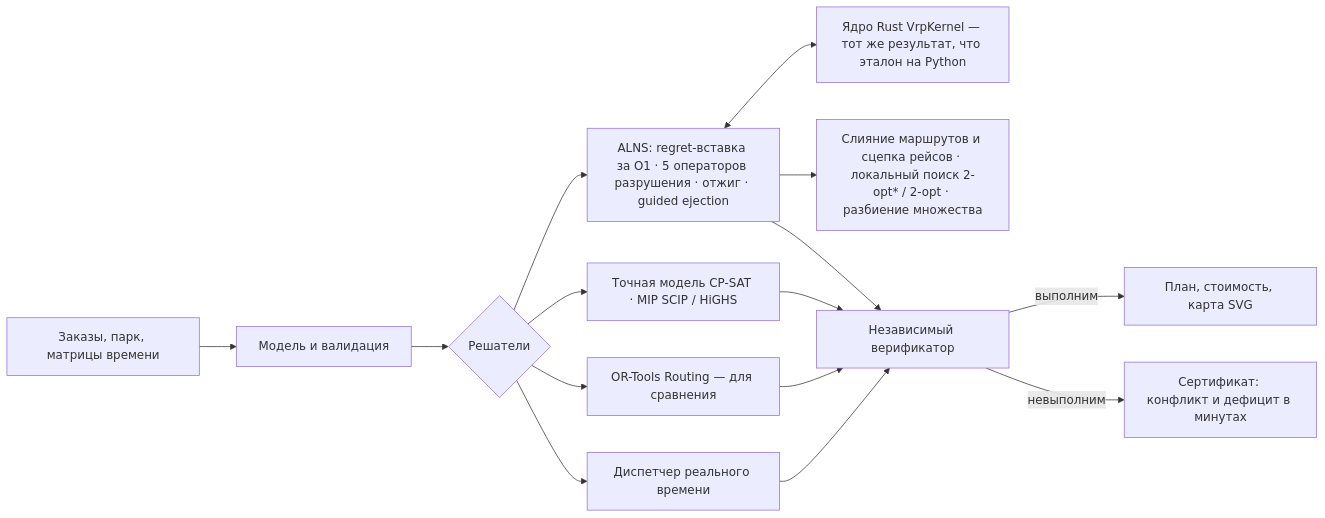
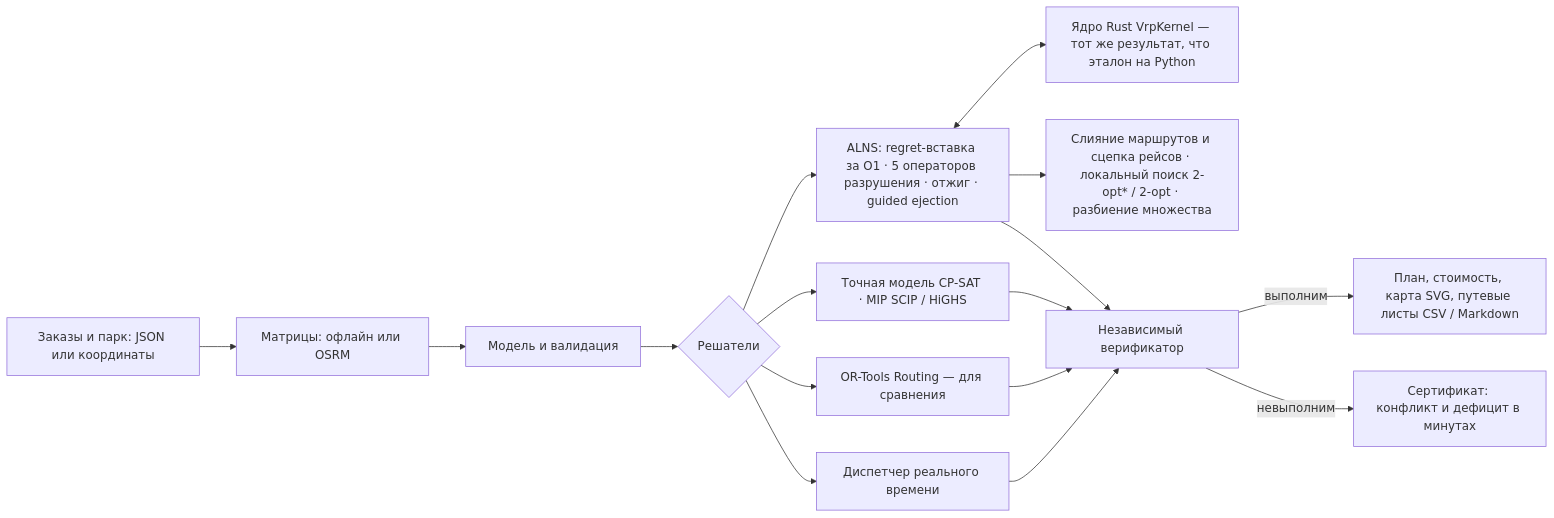
One commit to KonkovDV/SynAPS-MobiRoute changed the diagram in README.md. Above: the diagram before and after it, drawn with Mermaid. The commit also changed other lines of this file and 12 other files, not shown here.

````diff
--- a/README.md
+++ b/README.md
@@ -77,17 +101,18 @@
 ```mermaid
 flowchart LR
-  A[Заказы, парк, матрицы времени] --> B[Модель и валидация]
+  A[Заказы и парк: JSON или координаты] --> G[Матрицы: офлайн или OSRM]
+  G --> B[Модель и валидация]
   B --> C{Решатели}
   C --> D[ALNS: regret-вставка за O1 · 5 операторов разрушения · отжиг · guided ejection]
   D <--> K[Ядро Rust VrpKernel — тот же результат, что эталон на Python]
   D --> M[Слияние маршрутов и сцепка рейсов · локальный поиск 2-opt* / 2-opt · разбиение множества]
   C --> E[Точная модель CP-SAT · MIP SCIP / HiGHS]
   C --> O[OR-Tools Routing — для сравнения]
   C --> R[Диспетчер реального времени]
   D --> V[Независимый верификатор]
   E --> V
   O --> V
   R --> V
-  V -->|выполним| P[План, стоимость, карта SVG]
+  V -->|выполним| P[План, стоимость, карта SVG, путевые листы CSV / Markdown]
   V -->|невыполним| H[Сертификат: конфликт и дефицит в минутах]
 ```
````
